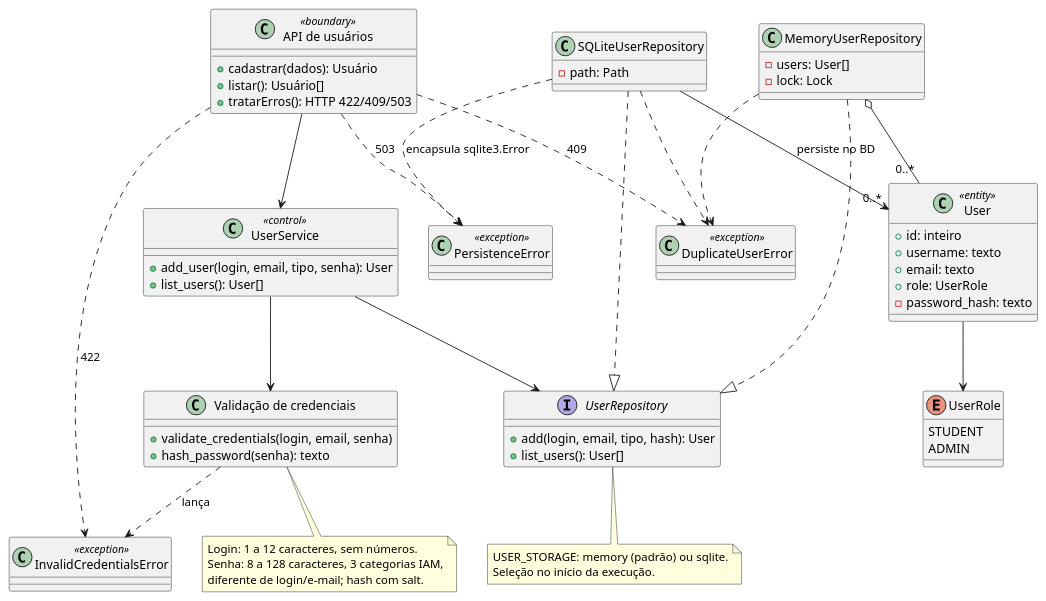
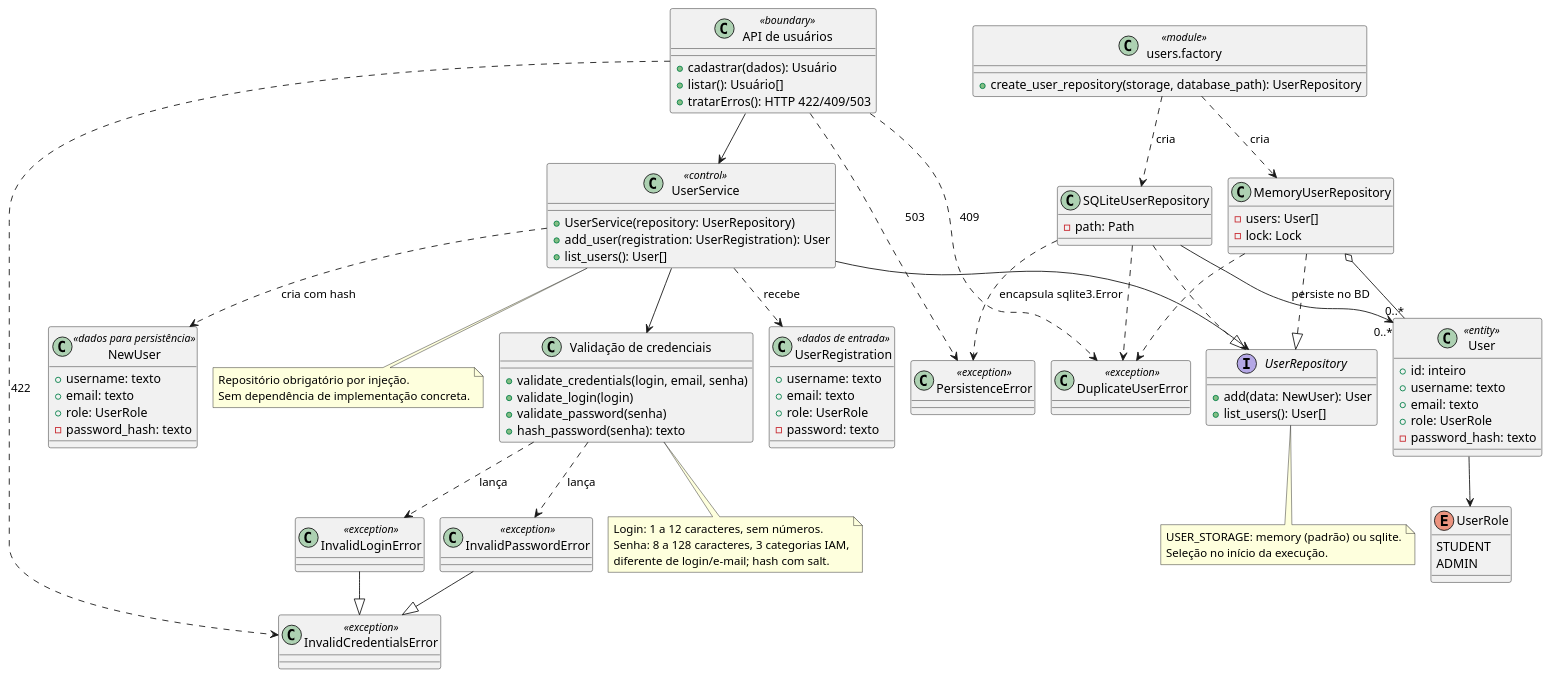
One commit to Miguelqfs/training-platform changed the diagram in docs/diagramas/classes-analise-usuarios.puml. Above: the diagram before and after it, drawn with PlantUML. The commit also changed 11 other files, not shown here.

```diff
--- a/docs/diagramas/classes-analise-usuarios.puml
+++ b/docs/diagramas/classes-analise-usuarios.puml
@@ -1,64 +1,96 @@
 @startuml
+!pragma layout smetana
 class "API de usuários" as API <<boundary>> {
   +cadastrar(dados): Usuário
   +listar(): Usuário[]
   +tratarErros(): HTTP 422/409/503
 }
 class UserService <<control>> {
-  +add_user(login, email, tipo, senha): User
+  +UserService(repository: UserRepository)
+  +add_user(registration: UserRegistration): User
   +list_users(): User[]
 }
 class "Validação de credenciais" as Credentials {
   +validate_credentials(login, email, senha)
+  +validate_login(login)
+  +validate_password(senha)
   +hash_password(senha): texto
+}
+class UserRegistration <<dados de entrada>> {
+  +username: texto
+  +email: texto
+  +role: UserRole
+  -password: texto
+}
+class NewUser <<dados para persistência>> {
+  +username: texto
+  +email: texto
+  +role: UserRole
+  -password_hash: texto
 }
 class User <<entity>> {
   +id: inteiro
   +username: texto
   +email: texto
   +role: UserRole
   -password_hash: texto
 }
 enum UserRole {
   STUDENT
   ADMIN
 }
 interface UserRepository {
-  +add(login, email, tipo, hash): User
+  +add(data: NewUser): User
   +list_users(): User[]
 }
 class MemoryUserRepository {
   -users: User[]
   -lock: Lock
 }
 class SQLiteUserRepository {
   -path: Path
 }
 class InvalidCredentialsError <<exception>>
+class InvalidLoginError <<exception>>
+class InvalidPasswordError <<exception>>
 class DuplicateUserError <<exception>>
 class PersistenceError <<exception>>
+class "users.factory" as Factory <<module>> {
+  +create_user_repository(storage, database_path): UserRepository
+}
 API --> UserService
 API ..> InvalidCredentialsError : 422
 API ..> DuplicateUserError : 409
 API ..> PersistenceError : 503
 UserService --> Credentials
 UserService --> UserRepository
-Credentials ..> InvalidCredentialsError : lança
+UserService ..> UserRegistration : recebe
+UserService ..> NewUser : cria com hash
+Credentials ..> InvalidLoginError : lança
+Credentials ..> InvalidPasswordError : lança
+InvalidLoginError --|> InvalidCredentialsError
+InvalidPasswordError --|> InvalidCredentialsError
+Factory ..> MemoryUserRepository : cria
+Factory ..> SQLiteUserRepository : cria
 MemoryUserRepository ..|> UserRepository
 SQLiteUserRepository ..|> UserRepository
 MemoryUserRepository o-- "0..*" User
 SQLiteUserRepository --> "0..*" User : persiste no BD
 MemoryUserRepository ..> DuplicateUserError
 SQLiteUserRepository ..> DuplicateUserError
 SQLiteUserRepository ..> PersistenceError : encapsula sqlite3.Error
 User --> UserRole
 note bottom of Credentials
   Login: 1 a 12 caracteres, sem números.
   Senha: 8 a 128 caracteres, 3 categorias IAM,
   diferente de login/e-mail; hash com salt.
 end note
 note bottom of UserRepository
   USER_STORAGE: memory (padrão) ou sqlite.
   Seleção no início da execução.
 end note
+note bottom of UserService
+  Repositório obrigatório por injeção.
+  Sem dependência de implementação concreta.
+end note
 @enduml
```
